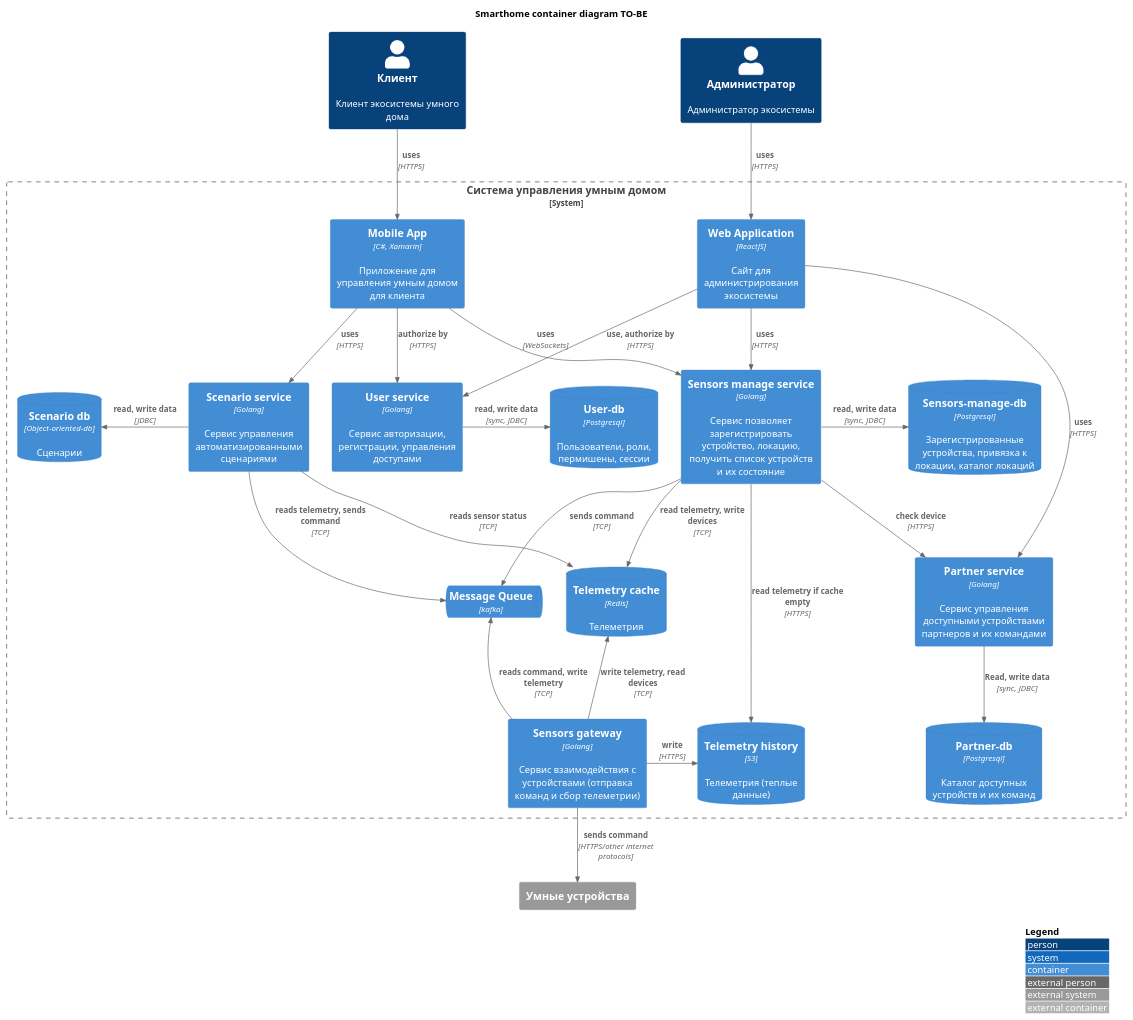
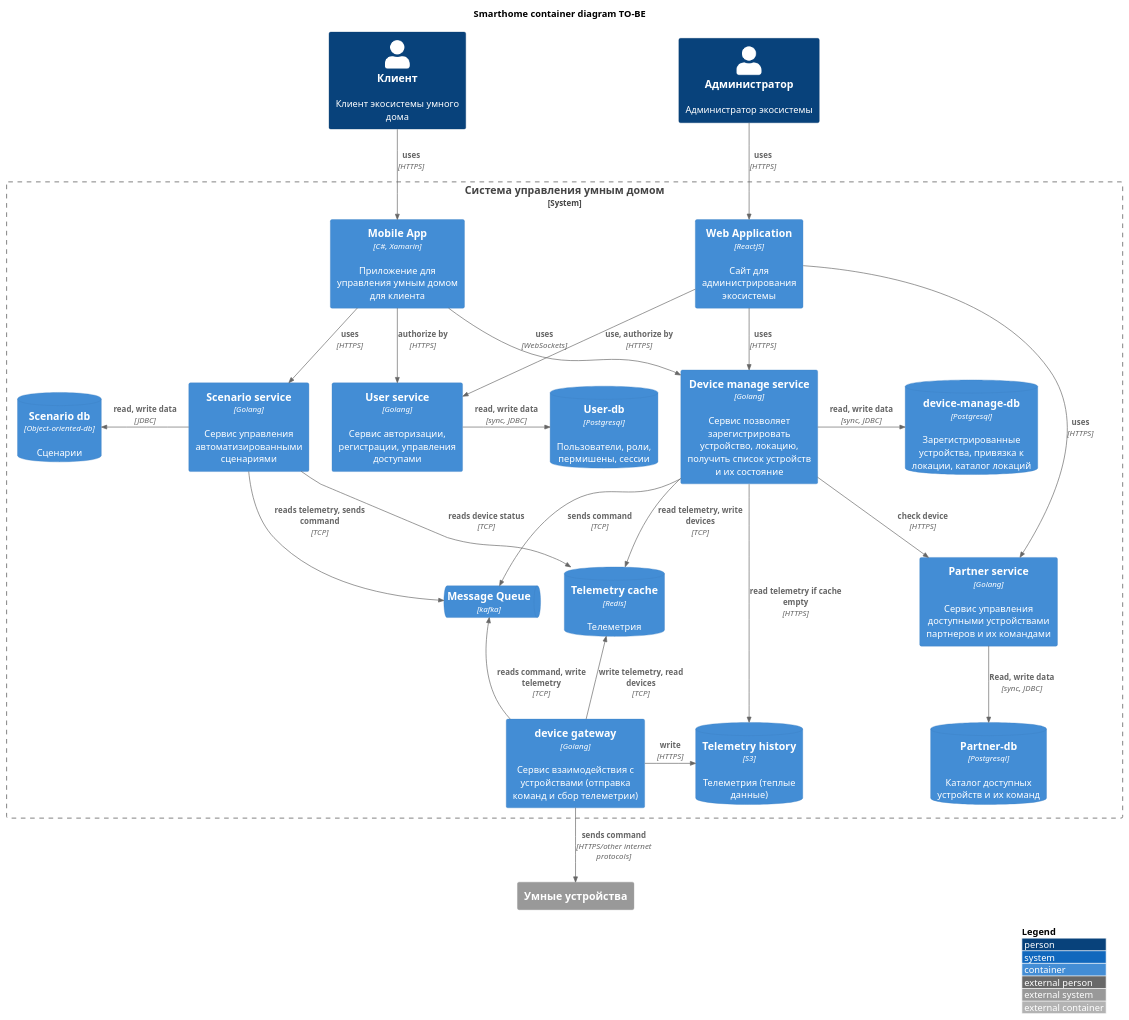
The diagram in schemas/v1/container/Smarthome-container.puml (annmozer116/warmhouse-golang), drawn with PlantUML before and after one commit. The commit also changed 6 other files, not shown here.

Commit message:
Correct diagrams

```diff
--- a/schemas/v1/container/Smarthome-container.puml
+++ b/schemas/v1/container/Smarthome-container.puml
@@ -1,89 +1,89 @@
 @startuml Smart-home-container
 !include https://raw.githubusercontent.com/plantuml-stdlib/C4-PlantUML/master/C4_Container.puml
 ' uncomment the following line and comment the first to use locally
 ' !include C4_Container.puml
 
 ' LAYOUT_TOP_DOWN()
 ' LAYOUT_AS_SKETCH()
 LAYOUT_WITH_LEGEND()
 
 title Smarthome container diagram TO-BE
 
 Person(user, "Клиент", "Клиент экосистемы умного дома")
 Person(admin, "Администратор", "Администратор экосистемы")
 
 System_Boundary(c1, "Система управления умным домом") {
     Container(admin_web_app, "Web Application", "ReactJS", "Сайт для администрирования экосистемы")
     Container(mobile_app, "Mobile App", "C#, Xamarin", "Приложение для управления умным домом для клиента")
 
     Container(user_service, "User service", "Golang", "Сервис авторизации, регистрации, управления доступами")
     ContainerDb(user_service_db, "User-db", "Postgresql", "Пользователи, роли, пермишены, сессии")
 
     Container(partner_service, "Partner service", "Golang", "Сервис управления доступными устройствами партнеров и их командами")
     ContainerDb(partner_service_db, "Partner-db", "Postgresql", "Каталог доступных устройств и их команд")
 
-    Container(sensors_manage_service, "Sensors manage service", "Golang", "Сервис позволяет зарегистрировать устройство, локацию, получить список устройств и их состояние")
-    ContainerDb(sensors_manage_service_db, "Sensors-manage-db", "Postgresql", "Зарегистрированные устройства, привязка к локации, каталог локаций")
+    Container(device_manage_service, "Device manage service", "Golang", "Сервис позволяет зарегистрировать устройство, локацию, получить список устройств и их состояние")
+    ContainerDb(device_manage_service_db, "device-manage-db", "Postgresql", "Зарегистрированные устройства, привязка к локации, каталог локаций")
 
-    Container(sensors_gw_service, "Sensors gateway", "Golang", "Сервис взаимодействия с устройствами (отправка команд и сбор телеметрии)")
+    Container(device_gw_service, "device gateway", "Golang", "Сервис взаимодействия с устройствами (отправка команд и сбор телеметрии)")
     ContainerDb(telemetry_cache, "Telemetry cache", "Redis", "Телеметрия")
     ContainerDb(telemetry_history, "Telemetry history", "S3", "Телеметрия (теплые данные)")
 
     ContainerQueue(smarthome_mq, "Message Queue", "kafka")
 
     Container(scenario_service, "Scenario service", "Golang", "Сервис управления автоматизированными сценариями")
     ContainerDb(scenario_service_db, "Scenario db", "Object-oriented-db", "Сценарии")
 
     ' ContainerDb(database, "Database", "SQL Database", "Stores user registration information, hashed auth credentials, access logs, etc.")
     ' Container(backend_api, "API Application", "Java, Docker Container", "Provides Internet banking functionality via API")
 }
-System_Ext(sensor, "Умные устройства")
+System_Ext(device, "Умные устройства")
 
 Rel(user, mobile_app, "uses", "HTTPS")
 Rel(admin, admin_web_app, "uses", "HTTPS")
 
 Rel_R(mobile_app,user_service, "authorize by", "HTTPS")
 Rel(admin_web_app,user_service, "use, authorize by", "HTTPS")
-Rel(admin_web_app,sensors_manage_service, "uses", "HTTPS")
+Rel(admin_web_app,device_manage_service, "uses", "HTTPS")
 Rel_Neighbor(user_service,user_service_db, "read, write data", "sync, JDBC")
 
 Rel(admin_web_app, partner_service, "uses", "HTTPS")
 Rel(partner_service, partner_service_db, "Read, write data", "sync, JDBC")
 
-Rel(mobile_app, sensors_manage_service, "uses", "WebSockets")
-Rel_Neighbor(sensors_manage_service, sensors_manage_service_db, "read, write data", "sync, JDBC")
+Rel(mobile_app, device_manage_service, "uses", "WebSockets")
+Rel_Neighbor(device_manage_service, device_manage_service_db, "read, write data", "sync, JDBC")
 
-Rel(sensors_manage_service, smarthome_mq, "sends command", "TCP")
-Rel_U(sensors_gw_service, smarthome_mq, "reads command, write telemetry", "TCP")
+Rel(device_manage_service, smarthome_mq, "sends command", "TCP")
+Rel_U(device_gw_service, smarthome_mq, "reads command, write telemetry", "TCP")
 
-Rel(sensors_manage_service, partner_service, "check device", "HTTPS")
-Rel(sensors_manage_service, telemetry_cache, "read telemetry, write devices", "TCP")
-Rel(sensors_manage_service, telemetry_history, "read telemetry if cache empty", "HTTPS")
+Rel(device_manage_service, partner_service, "check device", "HTTPS")
+Rel(device_manage_service, telemetry_cache, "read telemetry, write devices", "TCP")
+Rel(device_manage_service, telemetry_history, "read telemetry if cache empty", "HTTPS")
 
-Rel(sensors_gw_service, sensor, "sends command", "HTTPS/other internet protocols")
-Rel_U(sensors_gw_service, telemetry_cache, "write telemetry, read devices", "TCP")
-Rel_Neighbor(sensors_gw_service, telemetry_history, "write", "HTTPS")
+Rel(device_gw_service, device, "sends command", "HTTPS/other internet protocols")
+Rel_U(device_gw_service, telemetry_cache, "write telemetry, read devices", "TCP")
+Rel_Neighbor(device_gw_service, telemetry_history, "write", "HTTPS")
 
 Rel(mobile_app, scenario_service, "uses", "HTTPS")
 Rel_L(scenario_service, scenario_service_db, "read, write data", "JDBC")
 Rel(scenario_service, smarthome_mq, "reads telemetry, sends command", "TCP")
-Rel(scenario_service, telemetry_cache, "reads sensor status", "TCP")
+Rel(scenario_service, telemetry_cache, "reads device status", "TCP")
 
 
 
 ' System_Ext(email_system, "E-Mail System", "The internal Microsoft Exchange system")
 ' System_Ext(banking_system, "Mainframe Banking System", "Stores all of the core banking information about customers, accounts, transactions, etc.")
 
 ' Rel(customer, web_app, "Uses", "HTTPS")
 ' Rel(customer, spa, "Uses", "HTTPS")
 ' Rel(customer, mobile_app, "Uses")
 
 ' Rel_Neighbor(web_app, spa, "Delivers")
 ' Rel(spa, backend_api, "Uses", "async, JSON/HTTPS")
 ' Rel(mobile_app, backend_api, "Uses", "async, JSON/HTTPS")
 ' Rel_Back_Neighbor(database, backend_api, "Reads from and writes to", "sync, JDBC")
 
 ' Rel_Back(customer, email_system, "Sends e-mails to")
 ' Rel_Back(email_system, backend_api, "Sends e-mails using", "sync, SMTP")
 ' Rel_Neighbor(backend_api, banking_system, "Uses", "sync/async, XML/HTTPS")
 @enduml
```
